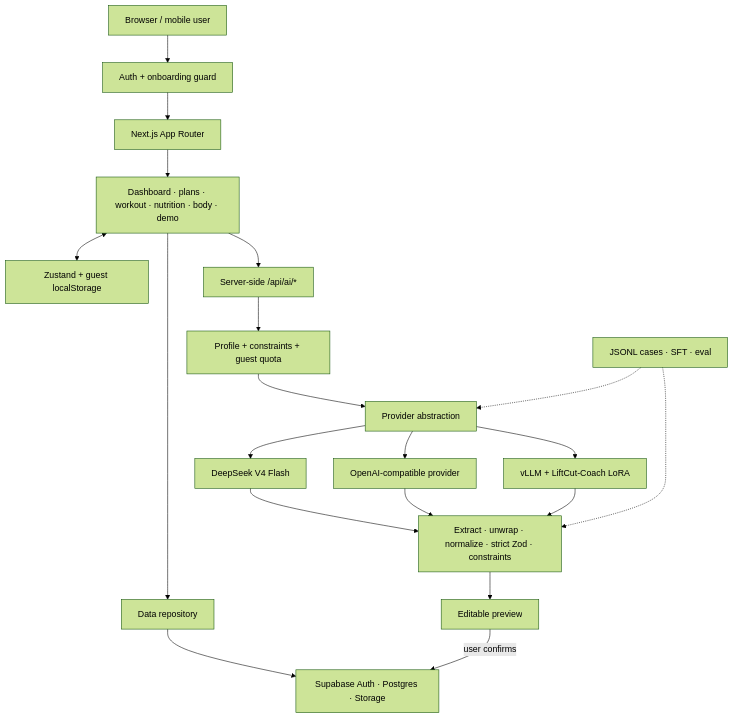
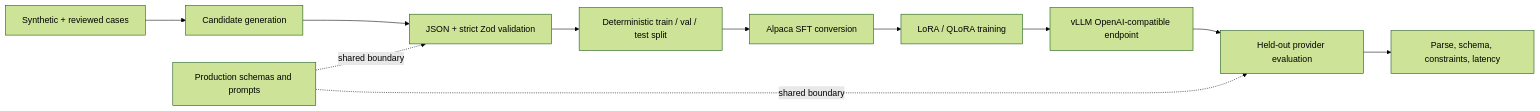
One commit to Townzc/liftcut-tracker changed the diagram in README.md. Above: the diagram before and after it, drawn with Mermaid (forest theme). The commit also changed other lines of this file and 1 other file, not shown here.

Commit message:
docs: establish research branch landing page

````diff
--- a/README.md
+++ b/README.md
@@ -64,24 +31,13 @@
 ```mermaid
-flowchart TB
-  User["Browser / mobile user"] --> Guard["Auth + onboarding guard"]
-  Guard --> App["Next.js App Router"]
-  App --> Features["Dashboard · plans · workout · nutrition · body · demo"]
-  Features <--> Store["Zustand + guest localStorage"]
-  Features --> Repo["Data repository"]
-  Repo --> Supabase["Supabase Auth · Postgres · Storage"]
-
-  Features --> API["Server-side /api/ai/*"]
-  API --> Context["Profile + constraints + guest quota"]
-  Context --> Provider["Provider abstraction"]
-  Provider --> DeepSeek["DeepSeek V4 Flash"]
-  Provider --> Compatible["OpenAI-compatible provider"]
-  Provider --> Local["vLLM + LiftCut-Coach LoRA"]
-  DeepSeek --> Pipeline["Extract · unwrap · normalize · strict Zod · constraints"]
-  Compatible --> Pipeline
-  Local --> Pipeline
-  Pipeline --> Preview["Editable preview"]
-  Preview -->|"user confirms"| Supabase
-
-  Research["JSONL cases · SFT · eval"] -.-> Provider
-  Research -.-> Pipeline
+flowchart LR
+  Cases["Synthetic + reviewed cases"] --> Generate["Candidate generation"]
+  Generate --> Validate["JSON + strict Zod validation"]
+  Validate --> Split["Deterministic train / val / test split"]
+  Split --> SFT["Alpaca SFT conversion"]
+  SFT --> LoRA["LoRA / QLoRA training"]
+  LoRA --> Serve["vLLM OpenAI-compatible endpoint"]
+  Serve --> Eval["Held-out provider evaluation"]
+  Eval --> Report["Parse, schema, constraints, latency"]
+  Product["Production schemas and prompts"] -. shared boundary .-> Validate
+  Product -. shared boundary .-> Eval
 ```
````
